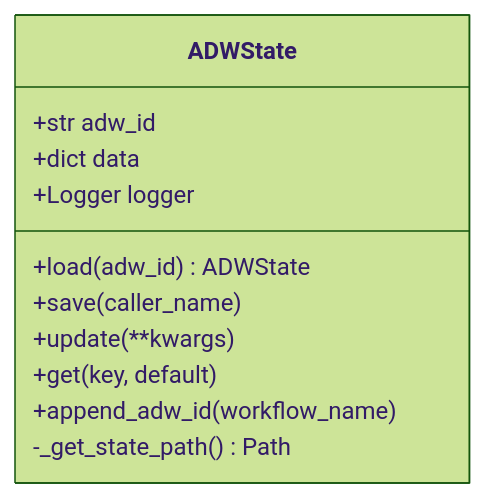
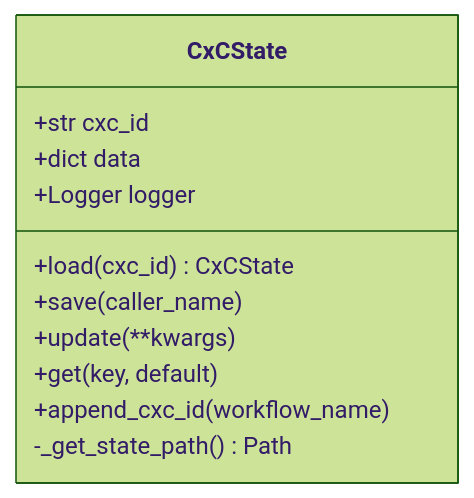
The seventh of 20 diagrams in .af/specs/fullrepo_dec30/C/design.md (alexfosterinvisible/Cortex-Code), drawn with Mermaid (forest theme) before and after one commit. The commit also changed other lines of this file and 19 other files, not shown here.

First line of the commit message:
fix: complete adw→cxc rename + fix integration tests

````diff
--- a/.af/specs/fullrepo_dec30/C/design.md
+++ b/.af/specs/fullrepo_dec30/C/design.md
@@ -339,14 +339,14 @@
 ```mermaid
 classDiagram
-    class ADWState {
-        +str adw_id
+    class CxCState {
+        +str cxc_id
         +dict data
         +Logger logger
-        +load(adw_id) ADWState
+        +load(cxc_id) CxCState
         +save(caller_name)
         +update(**kwargs)
         +get(key, default)
-        +append_adw_id(workflow_name)
+        +append_cxc_id(workflow_name)
         -_get_state_path() Path
     }
 ```
````
